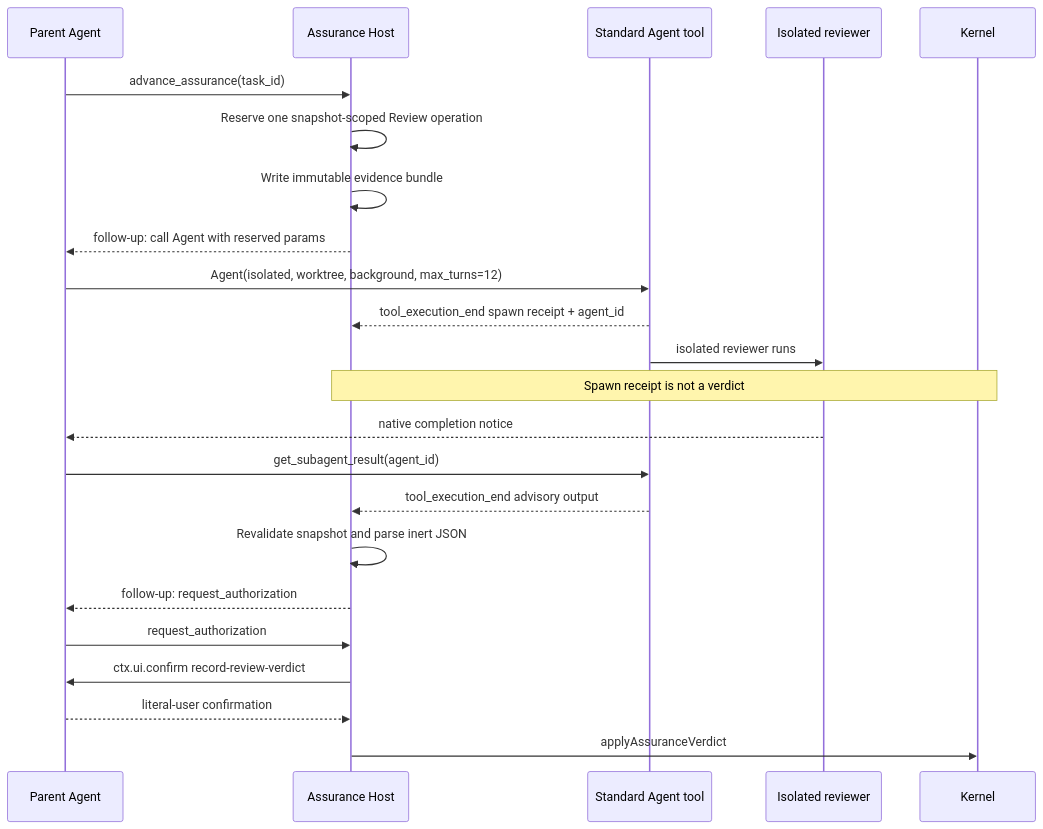
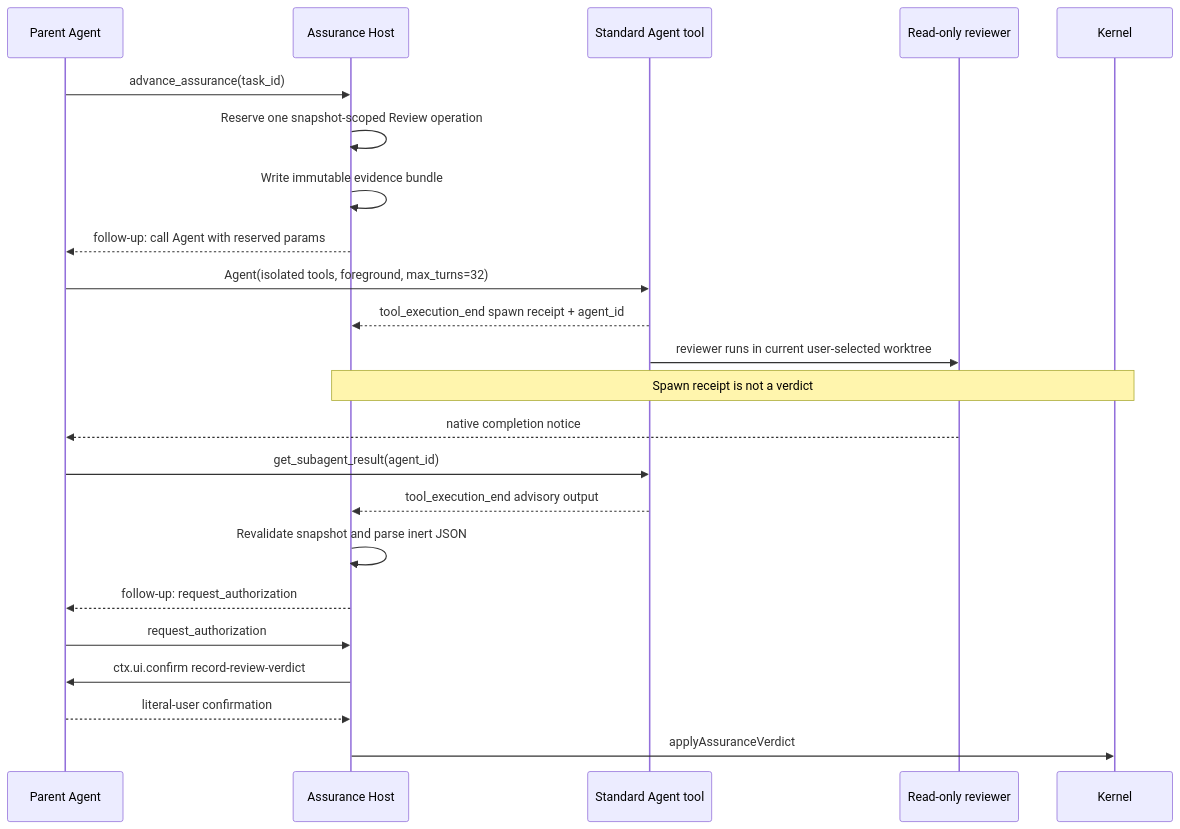
The diagram in docs/specs/standard-agent-review-dispatch.spec.md (dereknex/immune-brain), drawn with Mermaid before and after one commit. The commit also changed other lines of this file and 33 other files, not shown here.

````diff
--- a/docs/specs/standard-agent-review-dispatch.spec.md
+++ b/docs/specs/standard-agent-review-dispatch.spec.md
@@ -47,26 +47,26 @@
 ```mermaid
 sequenceDiagram
     participant P as Parent Agent
     participant H as Assurance Host
     participant A as Standard Agent tool
-    participant R as Isolated reviewer
+    participant R as Read-only reviewer
     participant K as Kernel
 
     P->>H: advance_assurance(task_id)
     H->>H: Reserve one snapshot-scoped Review operation
     H->>H: Write immutable evidence bundle
     H-->>P: follow-up: call Agent with reserved params
-    P->>A: Agent(isolated, worktree, background, max_turns=12)
+    P->>A: Agent(isolated tools, foreground, max_turns=32)
     A-->>H: tool_execution_end spawn receipt + agent_id
-    A->>R: isolated reviewer runs
+    A->>R: reviewer runs in current user-selected worktree
     Note over H,K: Spawn receipt is not a verdict
     R-->>P: native completion notice
     P->>A: get_subagent_result(agent_id)
     A-->>H: tool_execution_end advisory output
     H->>H: Revalidate snapshot and parse inert JSON
     H-->>P: follow-up: request_authorization
     P->>H: request_authorization
     H->>P: ctx.ui.confirm record-review-verdict
     P-->>H: literal-user confirmation
     H->>K: applyAssuranceVerdict
 ```
````
